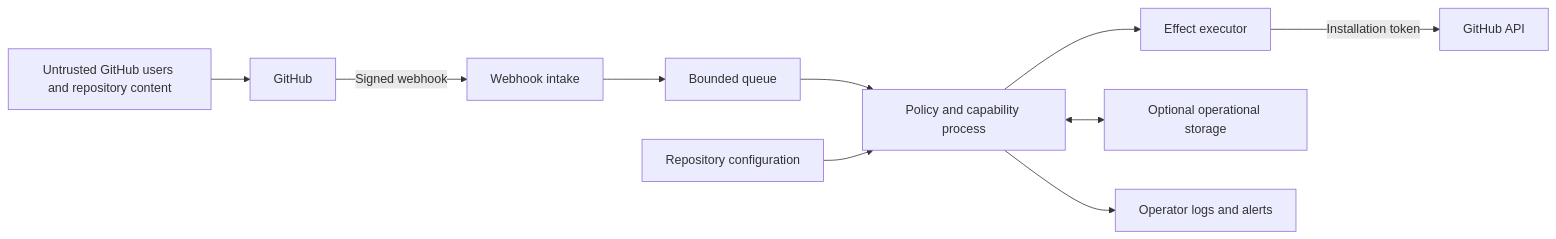
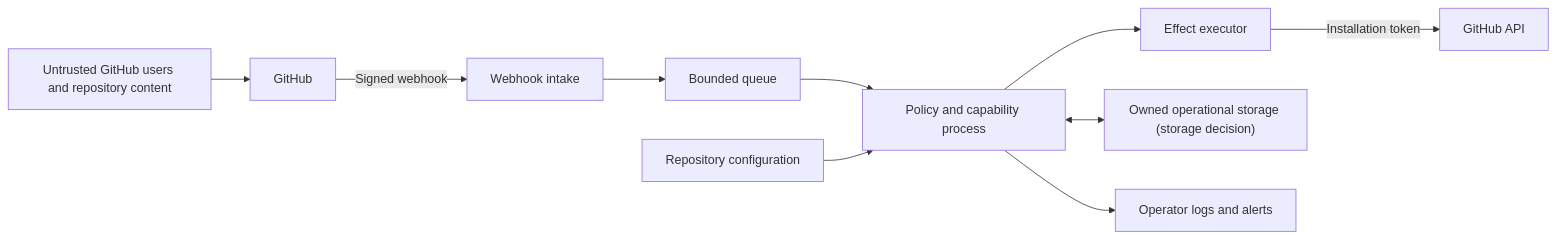
The diagram in design/operations/threat-model.md (hiero-hackers/sdk-automations), drawn with Mermaid before and after one commit. The commit also changed other lines of this file and 30 other files, not shown here.

````diff
--- a/design/operations/threat-model.md
+++ b/design/operations/threat-model.md
@@ -26,12 +26,12 @@
 ```mermaid
 flowchart LR
     U["Untrusted GitHub users and repository content"] --> G["GitHub"]
     G -->|"Signed webhook"| I["Webhook intake"]
     I --> Q["Bounded queue"]
     Q --> P["Policy and capability process"]
     C["Repository configuration"] --> P
     P --> E["Effect executor"]
     E -->|"Installation token"| A["GitHub API"]
-    P <--> S["Optional operational storage"]
+    P <--> S["Owned operational storage (storage decision)"]
     P --> O["Operator logs and alerts"]
 ```
````
